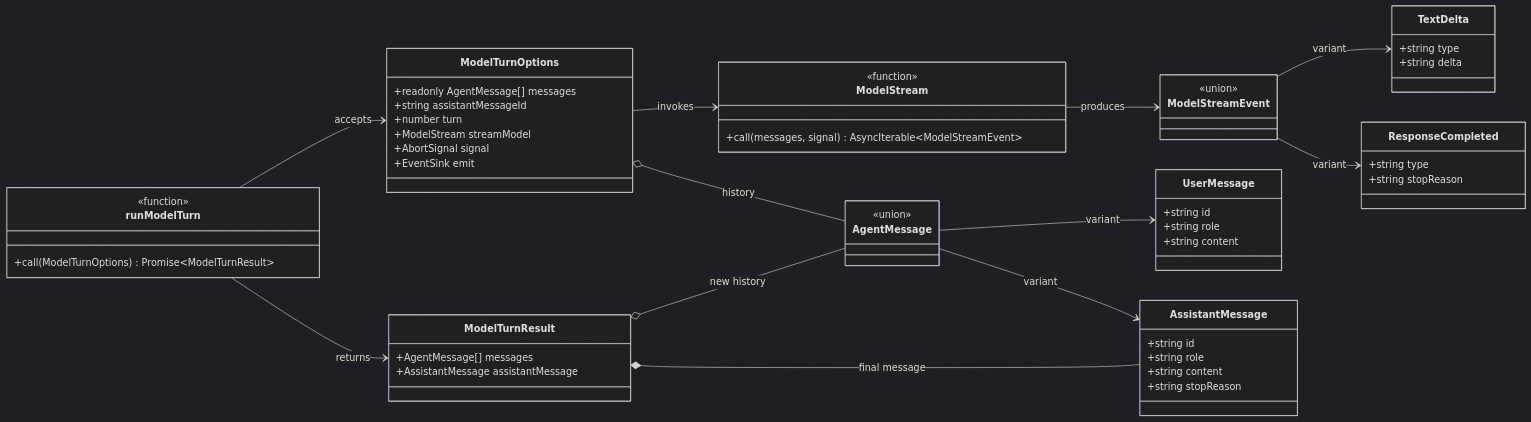
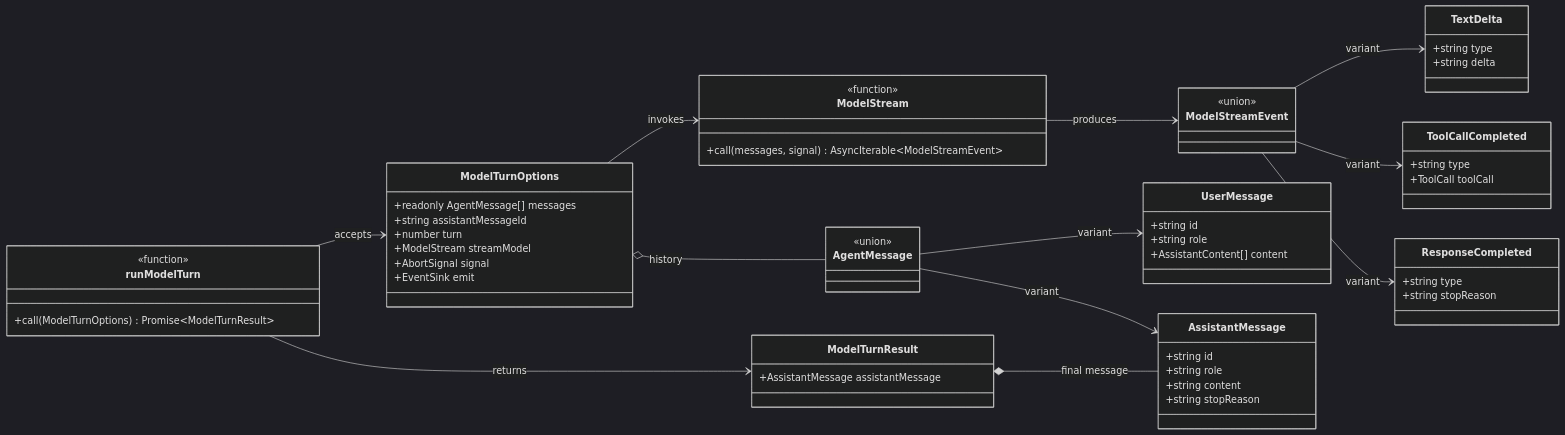
One commit to kogorou0105-bit/landache changed the diagram in docs/en/architecture/model-turn.md. Above: the diagram before and after it, drawn with Mermaid (dark theme). The commit also changed other lines of this file and 11 other files, not shown here.

Commit message:
feat(agent): ✨ add the tool call data contract (#2)

````diff
--- a/docs/en/architecture/model-turn.md
+++ b/docs/en/architecture/model-turn.md
@@ -90,71 +89,75 @@
 ```mermaid
 classDiagram
     direction LR
 
     class runModelTurn {
         <<function>>
         +call(ModelTurnOptions) Promise~ModelTurnResult~
     }
 
     class ModelTurnOptions {
         +readonly AgentMessage[] messages
         +string assistantMessageId
         +number turn
         +ModelStream streamModel
         +AbortSignal signal
         +EventSink emit
     }
 
     class ModelStream {
         <<function>>
         +call(messages, signal) AsyncIterable~ModelStreamEvent~
     }
 
     class ModelStreamEvent {
         <<union>>
     }
 
     class TextDelta {
         +string type
         +string delta
     }
 
+    class ToolCallCompleted {
+        +string type
+        +ToolCall toolCall
+    }
+
     class ResponseCompleted {
         +string type
         +string stopReason
     }
 
     class AgentMessage {
         <<union>>
     }
 
     class UserMessage {
         +string id
         +string role
-        +string content
+        +AssistantContent[] content
     }
 
     class AssistantMessage {
         +string id
         +string role
         +string content
         +string stopReason
     }
 
     class ModelTurnResult {
-        +AgentMessage[] messages
         +AssistantMessage assistantMessage
     }
 
     runModelTurn --> ModelTurnOptions : accepts
     runModelTurn --> ModelTurnResult : returns
     ModelTurnOptions o-- AgentMessage : history
     ModelTurnOptions --> ModelStream : invokes
     ModelStream --> ModelStreamEvent : produces
     ModelStreamEvent --> TextDelta : variant
+    ModelStreamEvent --> ToolCallCompleted : variant
     ModelStreamEvent --> ResponseCompleted : variant
     AgentMessage --> UserMessage : variant
     AgentMessage --> AssistantMessage : variant
-    ModelTurnResult o-- AgentMessage : new history
     ModelTurnResult *-- AssistantMessage : final message
 ```
````
